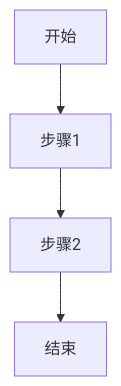
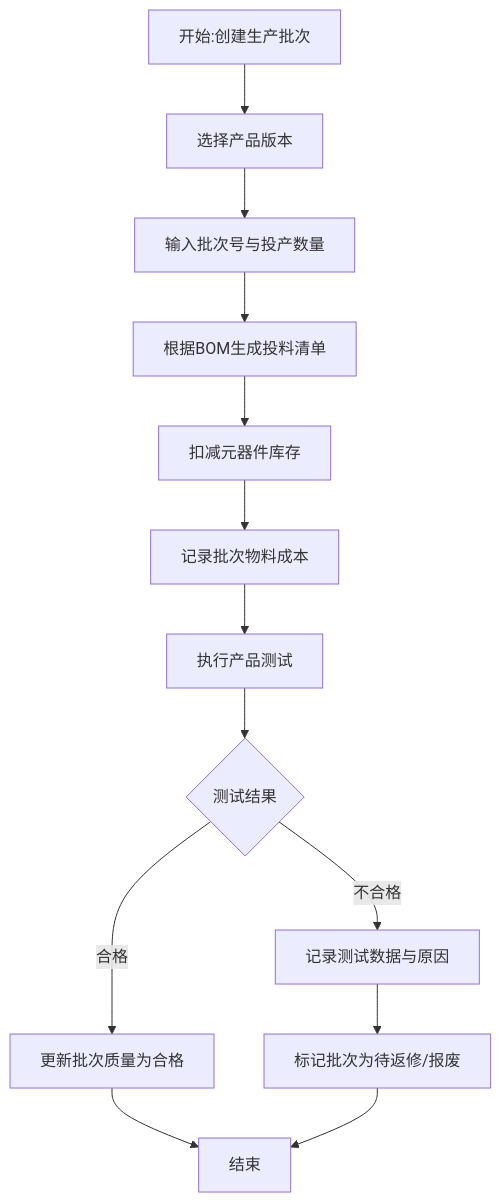
One commit to NorthBridgeAthlon64/HPLM_SQL changed the second of 5 diagrams in 01_功能说明.md. Above: the diagram before and after it, drawn with Mermaid. The commit also changed other lines of this file, not shown here.

````diff
--- a/01_功能说明.md
+++ b/01_功能说明.md
@@ -56,6 +26,15 @@
 ```mermaid
 flowchart TD
-    A[开始] --> B[步骤1]
-    B --> C[步骤2]
-    C --> D[结束]
+    A[开始:创建生产批次] --> B[选择产品版本]
+    B --> C[输入批次号与投产数量]
+    C --> D[根据BOM生成投料清单]
+    D --> E[扣减元器件库存]
+    E --> F[记录批次物料成本]
+    F --> G[执行产品测试]
+    G --> H{测试结果}
+    H -->|合格| I[更新批次质量为合格]
+    H -->|不合格| J[记录测试数据与原因]
+    J --> K[标记批次为待返修/报废]
+    I --> L[结束]
+    K --> L
 ```
````
